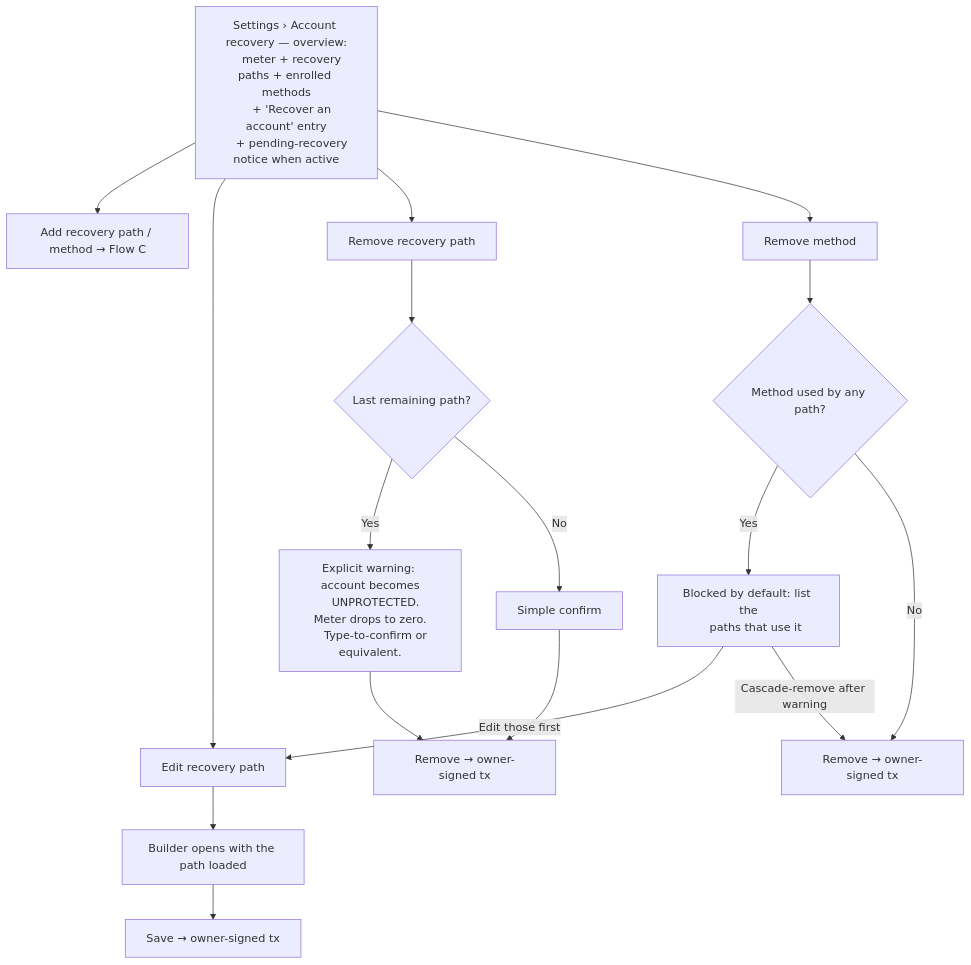
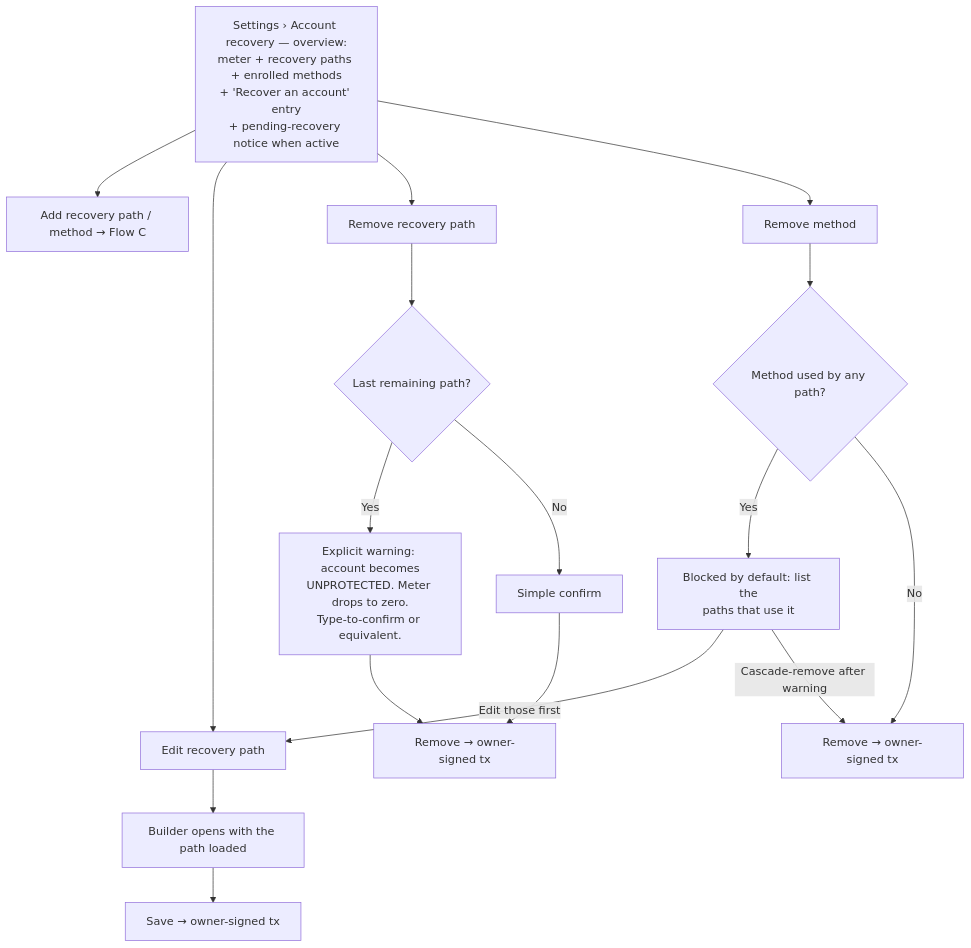
One commit to FiboAtWonder/kohaku-extension changed the tenth of 10 diagrams in social-recovery-ux-flows.md. Above: the diagram before and after it, drawn with Mermaid. The commit also changed other lines of this file, not shown here.

First line of the commit message:
docs: single-line mermaid labels + cross-flow click links

````diff
--- a/social-recovery-ux-flows.md
+++ b/social-recovery-ux-flows.md
@@ -449,28 +384,24 @@
 ```mermaid
 flowchart TD
-    A["Settings › Account recovery — overview:
-    meter + recovery paths + enrolled methods
-    + 'Recover an account' entry
-    + pending-recovery notice when active"] --> B[Add recovery path / method → Flow C]
+    A["Settings › Account recovery — overview:<br/>meter + recovery paths + enrolled methods<br/>+ 'Recover an account' entry<br/>+ pending-recovery notice when active"] --> B[Add recovery path / method → Flow C]
     A --> C[Edit recovery path]
     A --> D[Remove recovery path]
     A --> E[Remove method]
 
     C --> C1[Builder opens with the path loaded]
     C1 --> C2[Save → owner-signed tx]
 
     D --> D1{"Last remaining path?"}
-    D1 -- Yes --> D2["Explicit warning: account becomes
-    UNPROTECTED. Meter drops to zero.
-    Type-to-confirm or equivalent."]
+    D1 -- Yes --> D2["Explicit warning: account becomes<br/>UNPROTECTED. Meter drops to zero.<br/>Type-to-confirm or equivalent."]
     D1 -- No --> D3[Simple confirm]
     D2 --> D4[Remove → owner-signed tx]
     D3 --> D4
 
     E --> E1{"Method used by any path?"}
-    E1 -- Yes --> E2["Blocked by default: list the
-    paths that use it"]
+    E1 -- Yes --> E2["Blocked by default: list the<br/>paths that use it"]
     E2 -->|Edit those first| C
     E2 -->|Cascade-remove after warning| E3
     E1 -- No --> E3[Remove → owner-signed tx]
+
+    click B href "#flow-c--recovery-setup"
 ```
````
